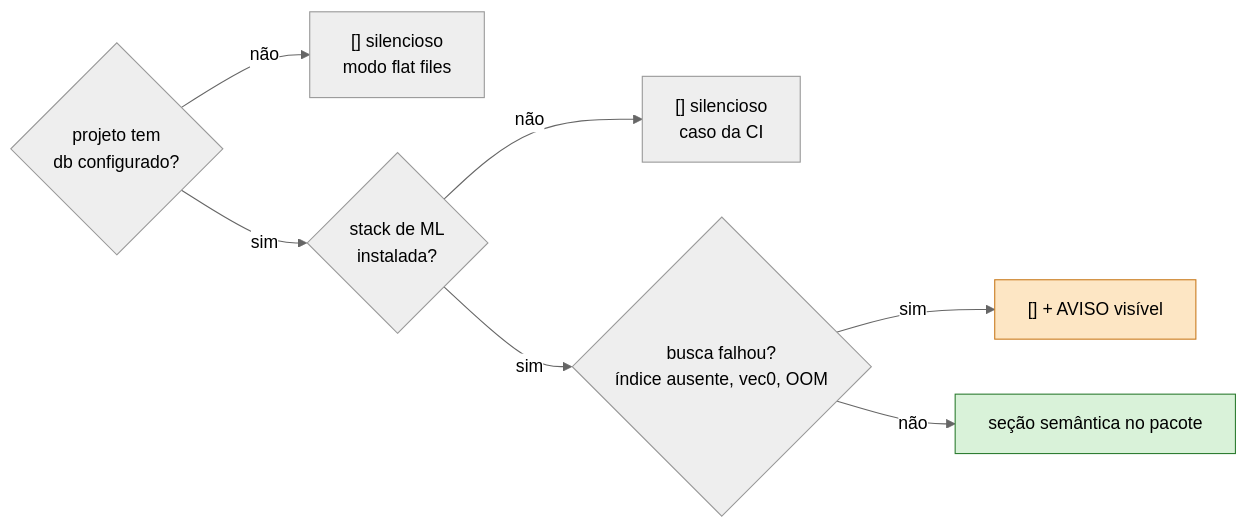
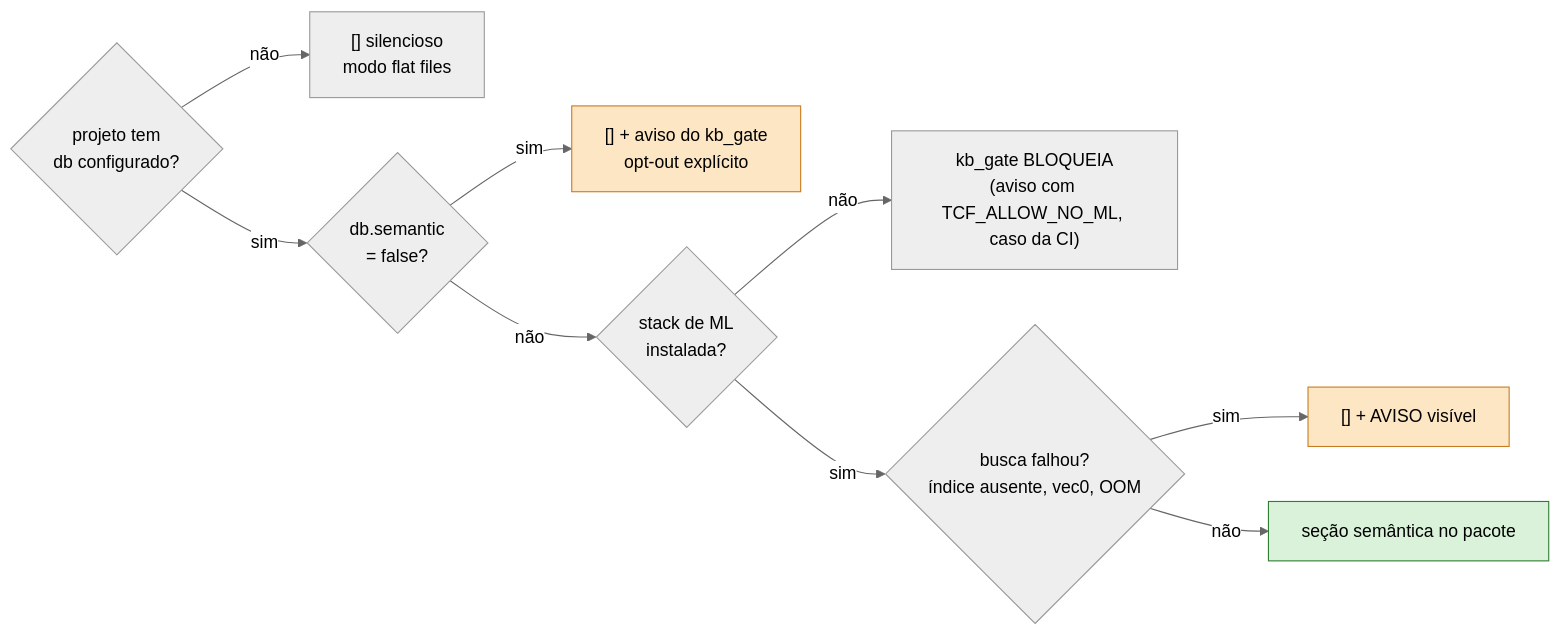
One commit to scudellerlemos/translation-cognition-framework changed the sixth of 6 diagrams in docs/RAG_ARCHITECTURE.md. Above: the diagram before and after it, drawn with Mermaid (neutral theme). The commit also changed other lines of this file and 16 other files, not shown here.

First line of the commit message:
feat: busca semantica vira default de projeto com db (kb_gate bloqueia sem a stack de ML)

````diff
--- a/docs/RAG_ARCHITECTURE.md
+++ b/docs/RAG_ARCHITECTURE.md
@@ -236,14 +236,16 @@
 ```mermaid
 flowchart LR
   s{"projeto tem<br/>db configurado?"} -->|"não"| e1["[] silencioso<br/>modo flat files"]
-  s -->|"sim"| m{"stack de ML<br/>instalada?"}
-  m -->|"não"| e2["[] silencioso<br/>caso da CI"]
+  s -->|"sim"| o{"db.semantic<br/>= false?"}
+  o -->|"sim"| e4["[] + aviso do kb_gate<br/>opt-out explícito"]
+  o -->|"não"| m{"stack de ML<br/>instalada?"}
+  m -->|"não"| e2["kb_gate BLOQUEIA<br/>(aviso com TCF_ALLOW_NO_ML, caso da CI)"]
   m -->|"sim"| f{"busca falhou?<br/>índice ausente, vec0, OOM"}
   f -->|"sim"| e3["[] + AVISO visível"]
   f -->|"não"| ok["seção semântica no pacote"]
 
   classDef good fill:#d9f2d9,stroke:#2e7d32,color:#000;
   classDef warn fill:#fde6c4,stroke:#c97b1f,color:#000;
   class ok good;
-  class e3 warn;
+  class e3,e4 warn;
 ```
````
